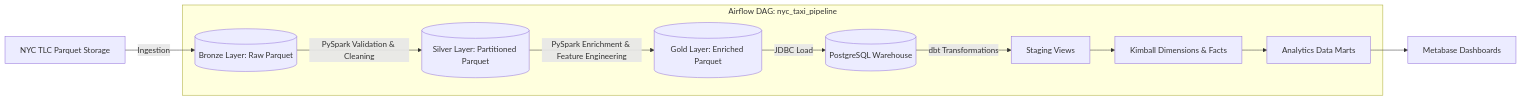
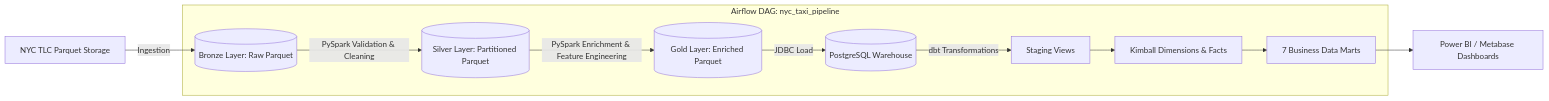
The diagram in README.md (NhatNamPhan/NYC_Taxi_Platform), drawn with Mermaid before and after one commit. The commit also changed other lines of this file, not shown here.

````diff
--- a/README.md
+++ b/README.md
@@ -29,21 +29,21 @@
 ```mermaid
 flowchart LR
     A[NYC TLC Parquet Storage] -->|Ingestion| B[(Bronze Layer: Raw Parquet)]
     B -->|PySpark Validation & Cleaning| C[(Silver Layer: Partitioned Parquet)]
     C -->|PySpark Enrichment & Feature Engineering| D[(Gold Layer: Enriched Parquet)]
     D -->|JDBC Load| E[(PostgreSQL Warehouse)]
     E -->|dbt Transformations| F[Staging Views]
     F --> G[Kimball Dimensions & Facts]
-    G --> H[Analytics Data Marts]
-    H --> I[Metabase Dashboards]
+    G --> H[7 Business Data Marts]
+    H --> I[Power BI / Metabase Dashboards]
 
     subgraph Airflow DAG: nyc_taxi_pipeline
         B
         C
         D
         E
         F
         G
         H
     end
 ```
````
